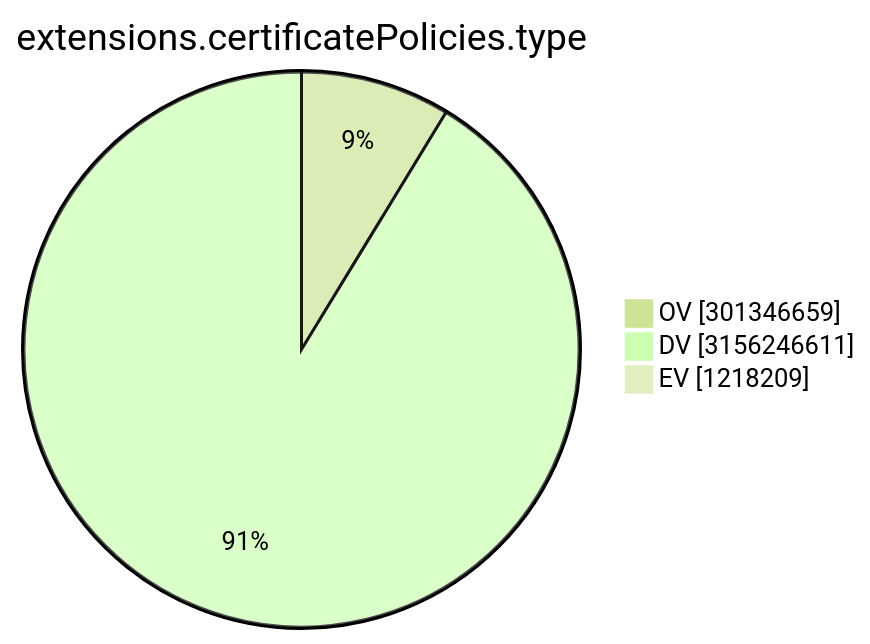
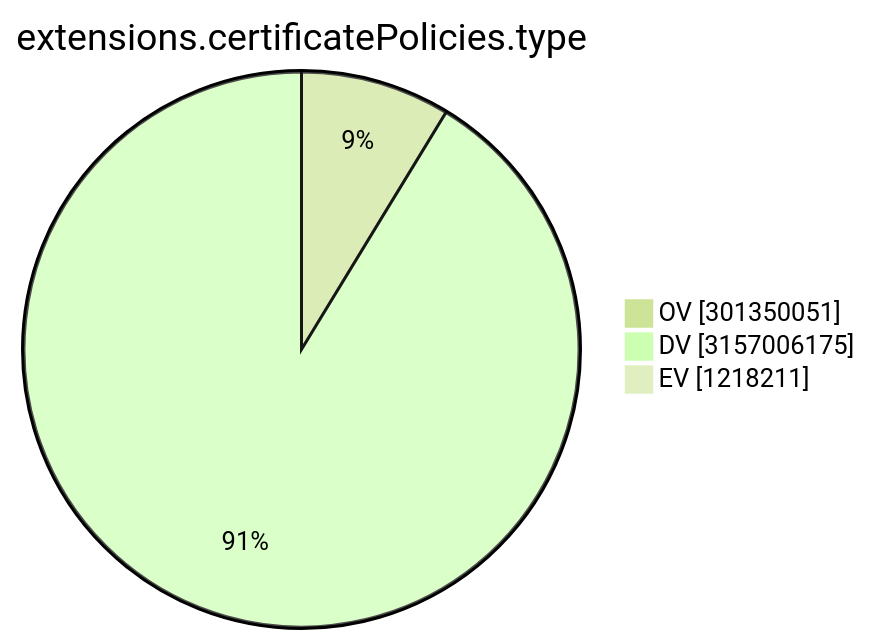
The ninth of 15 diagrams in TOTAL/README.md (christiankrug/ctmonitor_visualization), drawn with Mermaid (forest theme) before and after one commit. The commit also changed other lines of this file, not shown here.

````diff
--- a/TOTAL/README.md
+++ b/TOTAL/README.md
@@ -3105,7 +3105,7 @@
 ```mermaid
 pie showData
 title extensions.certificatePolicies.type
-"OV" :301346659
-"DV" :3156246611
-"EV" :1218209
+"OV" :301350051
+"DV" :3157006175
+"EV" :1218211
 ```
````
